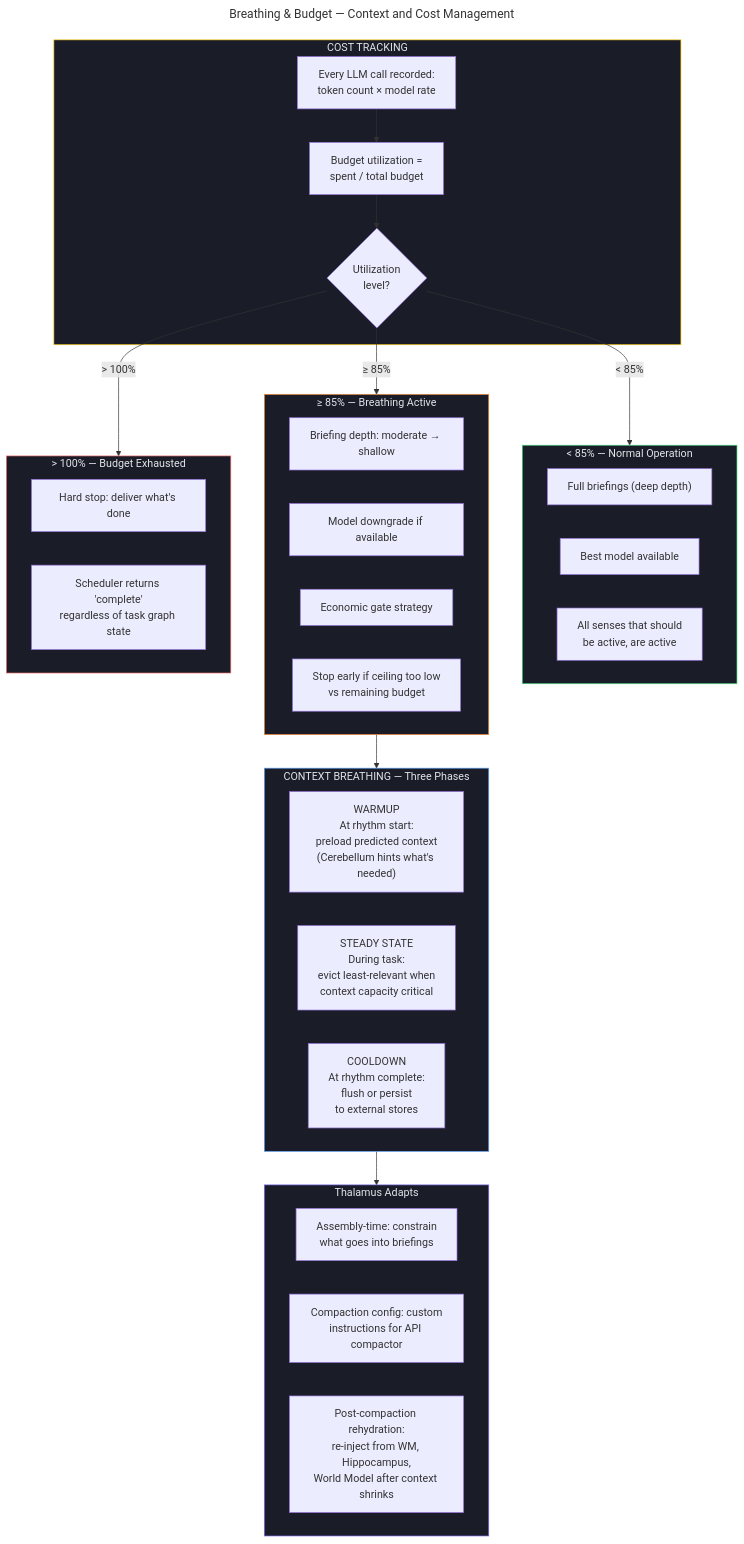
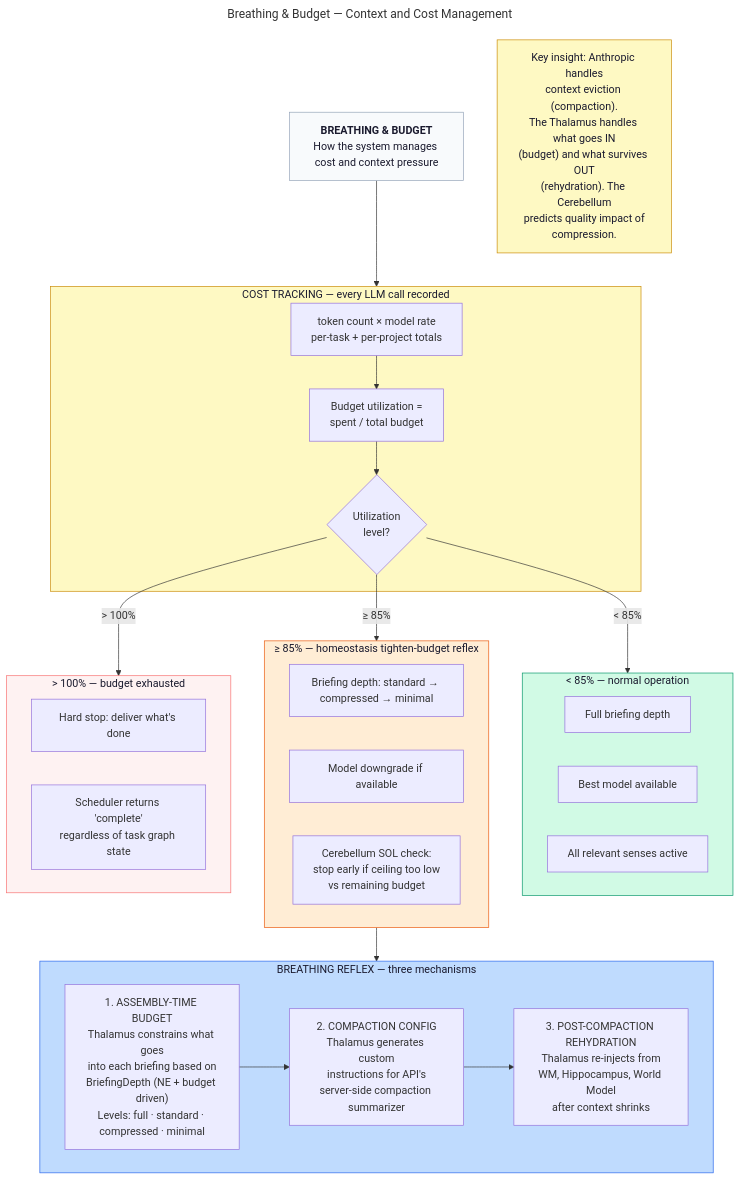
One commit to Joinery-dev/agent-cortex changed the diagram in diagrams/13-breathing-and-budget.mmd. Above: the diagram before and after it, drawn with Mermaid. The commit also changed 39 other files, not shown here.

```diff
--- a/diagrams/13-breathing-and-budget.mmd
+++ b/diagrams/13-breathing-and-budget.mmd
@@ -1,55 +1,57 @@
 ---
 title: "Breathing & Budget — Context and Cost Management"
 scope: global
 ---
 flowchart TD
-    subgraph BUDGET["COST TRACKING"]
-        B1["Every LLM call recorded:<br/>token count × model rate"]
+    TITLE["<b>BREATHING & BUDGET</b><br/>How the system manages cost and context pressure"]
+    style TITLE fill:#f8fafc,stroke:#94a3b8,color:#1a1a2e
+
+    TITLE --> BUDGET
+
+    subgraph BUDGET["COST TRACKING — every LLM call recorded"]
+        B1["token count × model rate<br/>per-task + per-project totals"]
         B2["Budget utilization =<br/>spent / total budget"]
         B3{"Utilization<br/>level?"}
     end
 
-    subgraph NORMAL["< 85% — Normal Operation"]
-        N1["Full briefings (deep depth)"]
+    B1 --> B2 --> B3
+
+    subgraph NORMAL["< 85% — normal operation"]
+        N1["Full briefing depth"]
         N2["Best model available"]
-        N3["All senses that should<br/>be active, are active"]
+        N3["All relevant senses active"]
     end
 
-    subgraph PRESSURED["≥ 85% — Breathing Active"]
-        P1["Briefing depth: moderate → shallow"]
+    subgraph PRESSURED["≥ 85% — homeostasis tighten-budget reflex"]
+        P1["Briefing depth: standard → compressed → minimal"]
         P2["Model downgrade if available"]
-        P3["Economic gate strategy"]
-        P4["Stop early if ceiling too low<br/>vs remaining budget"]
+        P3["Cerebellum SOL check:<br/>stop early if ceiling too low<br/>vs remaining budget"]
     end
 
-    subgraph EXHAUSTED["> 100% — Budget Exhausted"]
+    subgraph EXHAUSTED["> 100% — budget exhausted"]
         EX1["Hard stop: deliver what's done"]
         EX2["Scheduler returns 'complete'<br/>regardless of task graph state"]
     end
 
-    B1 --> B2 --> B3
     B3 -->|"< 85%"| NORMAL
     B3 -->|"≥ 85%"| PRESSURED
     B3 -->|"> 100%"| EXHAUSTED
 
-    subgraph BREATHING["CONTEXT BREATHING — Three Phases"]
-        BR1["WARMUP<br/>At rhythm start:<br/>preload predicted context<br/>(Cerebellum hints what's needed)"]
-        BR2["STEADY STATE<br/>During task:<br/>evict least-relevant when<br/>context capacity critical"]
-        BR3["COOLDOWN<br/>At rhythm complete:<br/>flush or persist<br/>to external stores"]
+    subgraph BREATHING["BREATHING REFLEX — three mechanisms"]
+        BR1["1. ASSEMBLY-TIME BUDGET<br/>Thalamus constrains what goes<br/>into each briefing based on<br/>BriefingDepth (NE + budget driven)<br/>Levels: full · standard · compressed · minimal"]
+        BR2["2. COMPACTION CONFIG<br/>Thalamus generates custom<br/>instructions for API's<br/>server-side compaction summarizer"]
+        BR3["3. POST-COMPACTION REHYDRATION<br/>Thalamus re-injects from<br/>WM, Hippocampus, World Model<br/>after context shrinks"]
     end
 
-    subgraph THALAMUS_MOD["Thalamus Adapts"]
-        T1["Assembly-time: constrain<br/>what goes into briefings"]
-        T2["Compaction config: custom<br/>instructions for API compactor"]
-        T3["Post-compaction rehydration:<br/>re-inject from WM, Hippocampus,<br/>World Model after context shrinks"]
-    end
+    BR1 --> BR2 --> BR3
 
     PRESSURED --> BREATHING
-    BREATHING --> THALAMUS_MOD
 
-    style BUDGET fill:#1a1d27,stroke:#facc15,color:#e2e4ea
-    style NORMAL fill:#1a1d27,stroke:#4ade80,color:#e2e4ea
-    style PRESSURED fill:#1a1d27,stroke:#fb923c,color:#e2e4ea
-    style EXHAUSTED fill:#1a1d27,stroke:#f87171,color:#e2e4ea
-    style BREATHING fill:#1a1d27,stroke:#60a5fa,color:#e2e4ea
-    style THALAMUS_MOD fill:#1a1d27,stroke:#7c6af0,color:#e2e4ea
+    NOTE["Key insight: Anthropic handles<br/>context eviction (compaction).<br/>The Thalamus handles what goes IN<br/>(budget) and what survives OUT<br/>(rehydration). The Cerebellum<br/>predicts quality impact of<br/>compression."]
+
+    style BUDGET fill:#fef9c3,stroke:#ca8a04,color:#1a1a2e
+    style NORMAL fill:#d1fae5,stroke:#059669,color:#1a1a2e
+    style PRESSURED fill:#ffedd5,stroke:#ea580c,color:#1a1a2e
+    style EXHAUSTED fill:#fef2f2,stroke:#f87171,color:#1a1a2e
+    style BREATHING fill:#bfdbfe,stroke:#2563eb,color:#1a1a2e
+    style NOTE fill:#fef9c3,stroke:#ca8a04,color:#1a1a2e
```
